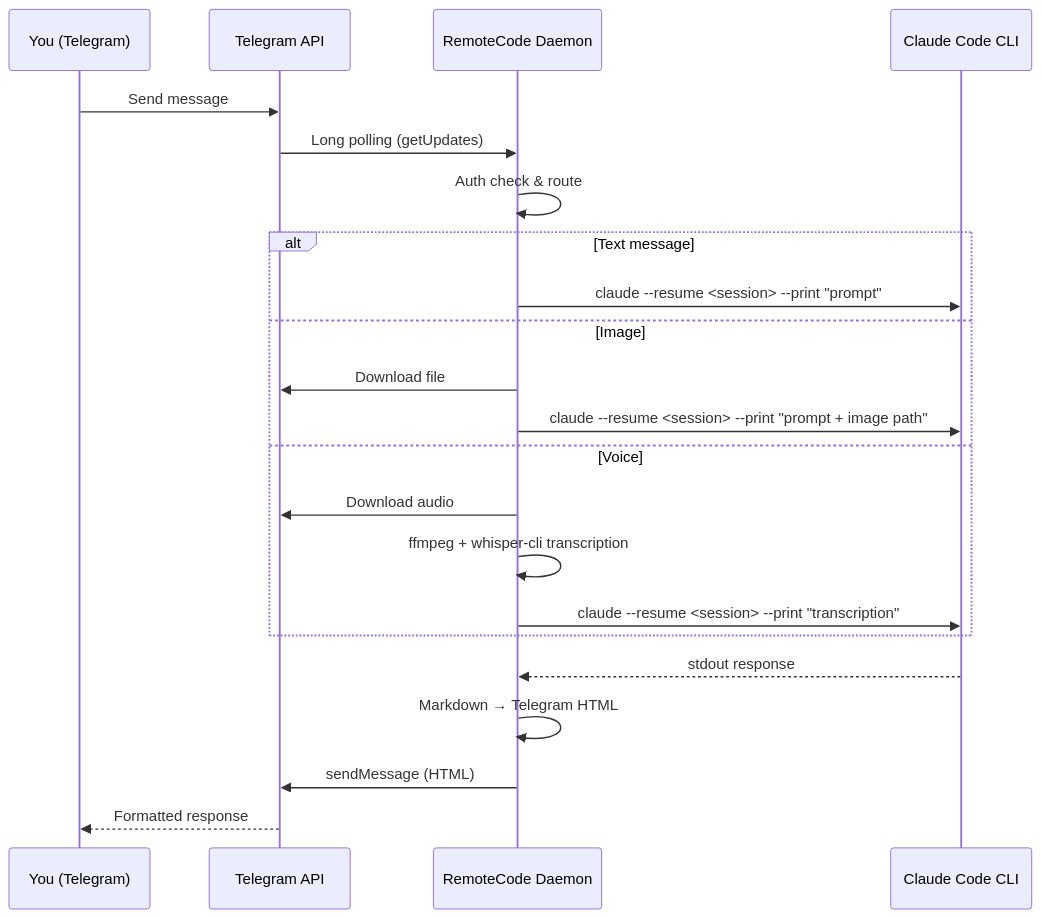
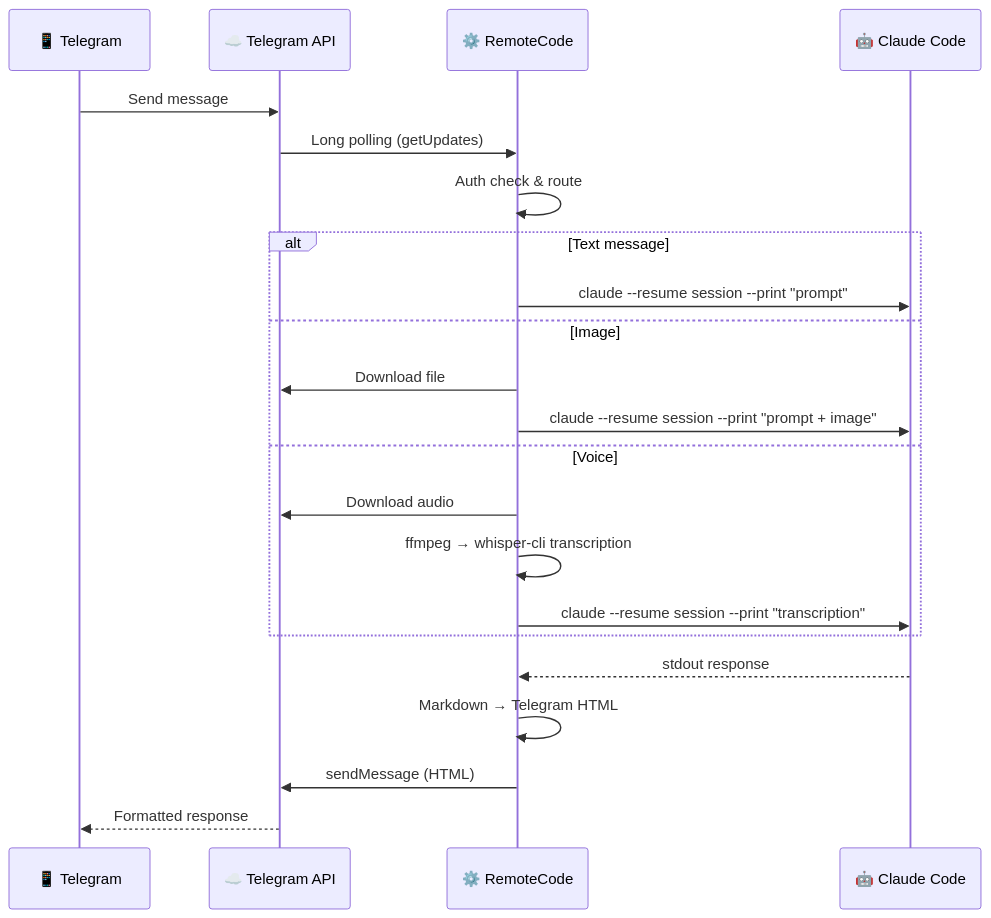
Before and after one commit to kcisoul/remotecode: the diagram in README.md, drawn with Mermaid. The commit also changed other lines of this file and 1 other file, not shown here.

First line of the commit message:
docs: add demo video and simplify README diagrams

````diff
--- a/README.md
+++ b/README.md
@@ -23,27 +76,27 @@
 ```mermaid
 sequenceDiagram
-    participant U as You (Telegram)
-    participant T as Telegram API
-    participant D as RemoteCode Daemon
-    participant C as Claude Code CLI
+    participant U as 📱 Telegram
+    participant T as ☁️ Telegram API
+    participant D as ⚙️ RemoteCode
+    participant C as 🤖 Claude Code
 
     U->>T: Send message
     T->>D: Long polling (getUpdates)
     D->>D: Auth check & route
 
     alt Text message
-        D->>C: claude --resume <session> --print "prompt"
+        D->>C: claude --resume session --print "prompt"
     else Image
         D->>T: Download file
-        D->>C: claude --resume <session> --print "prompt + image path"
+        D->>C: claude --resume session --print "prompt + image"
     else Voice
         D->>T: Download audio
-        D->>D: ffmpeg + whisper-cli transcription
-        D->>C: claude --resume <session> --print "transcription"
+        D->>D: ffmpeg → whisper-cli transcription
+        D->>C: claude --resume session --print "transcription"
     end
 
     C-->>D: stdout response
     D->>D: Markdown → Telegram HTML
     D->>T: sendMessage (HTML)
     T-->>U: Formatted response
 ```
````
